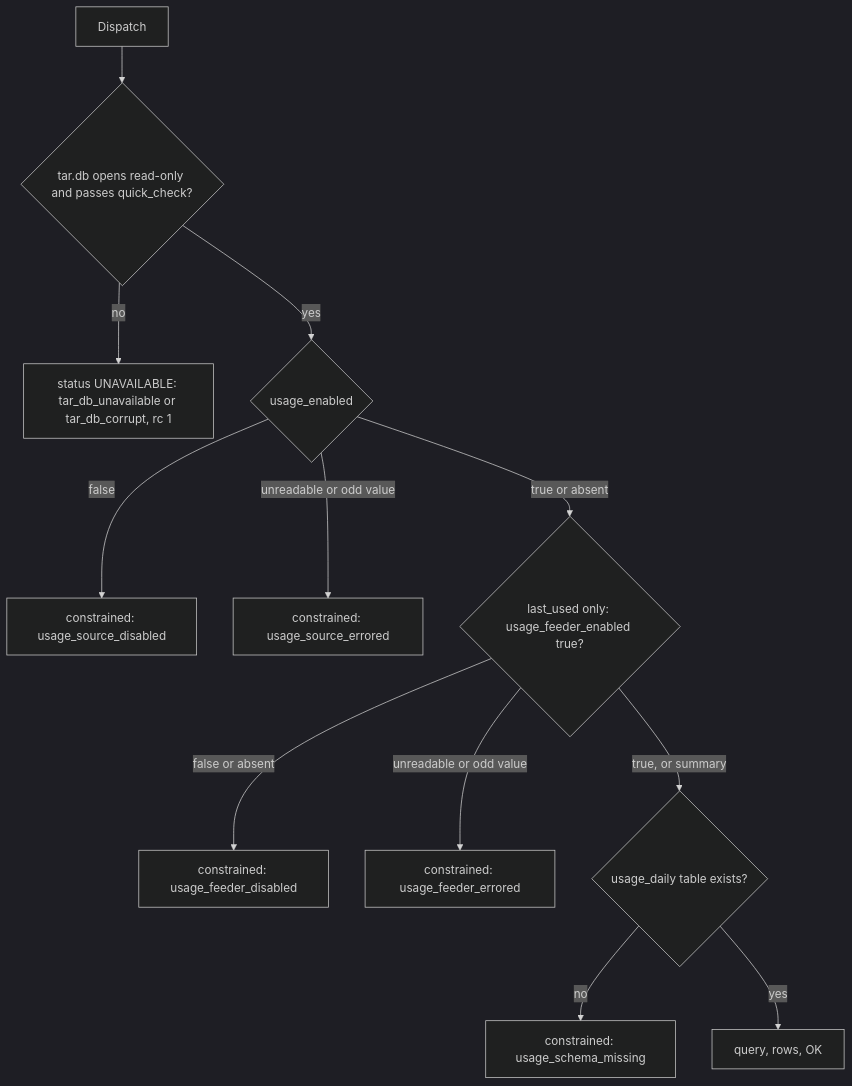
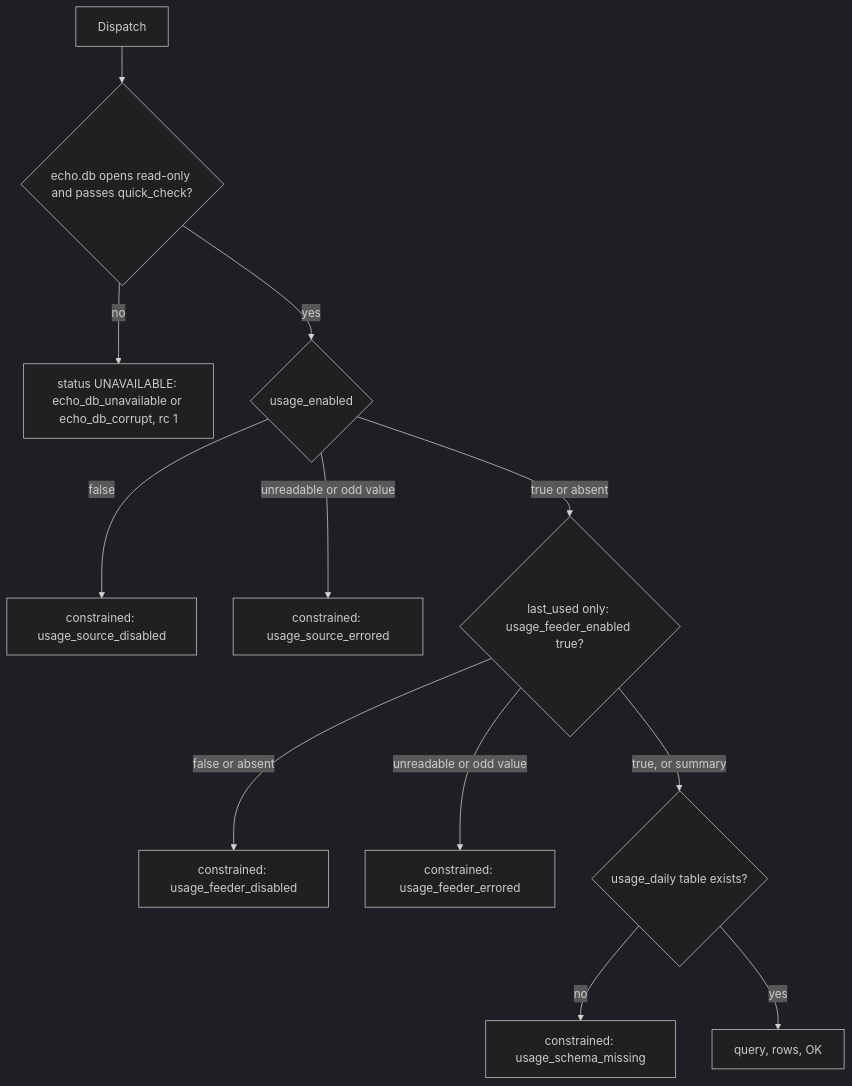
The second of 3 diagrams in agents/plugins/app_usage/README.md (DevNullLtd/Yuzu), drawn with Mermaid (dark theme) before and after one commit. The commit also changed other lines of this file and 853 other files, not shown here.

Commit message:
Rename TAR to Echo: scripted repo-wide rename (scripts/rename-tar-to-echo.py) and its applied result

````diff
--- a/agents/plugins/app_usage/README.md
+++ b/agents/plugins/app_usage/README.md
@@ -54,14 +54,14 @@
 ```mermaid
 flowchart TD
-  A["Dispatch"] --> B{"tar.db opens read-only and passes quick_check?"}
-  B -->|"no"| U["status UNAVAILABLE: tar_db_unavailable or tar_db_corrupt, rc 1"]
+  A["Dispatch"] --> B{"echo.db opens read-only and passes quick_check?"}
+  B -->|"no"| U["status UNAVAILABLE: echo_db_unavailable or echo_db_corrupt, rc 1"]
   B -->|"yes"| C{"usage_enabled"}
   C -->|"false"| D1["constrained: usage_source_disabled"]
   C -->|"unreadable or odd value"| D2["constrained: usage_source_errored"]
   C -->|"true or absent"| F{"last_used only: usage_feeder_enabled true?"}
   F -->|"false or absent"| D3["constrained: usage_feeder_disabled"]
   F -->|"unreadable or odd value"| D5["constrained: usage_feeder_errored"]
   F -->|"true, or summary"| T{"usage_daily table exists?"}
   T -->|"no"| D4["constrained: usage_schema_missing"]
   T -->|"yes"| Q["query, rows, OK"]
 ```
````
